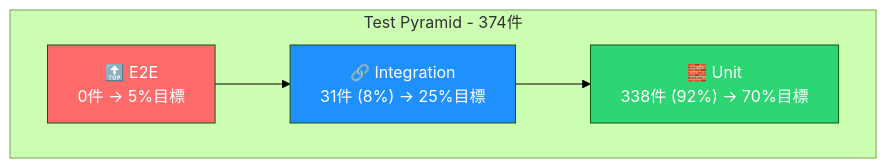
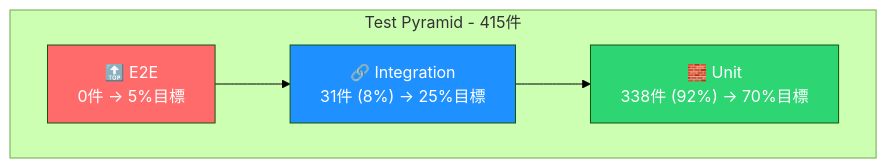
Before and after one commit to yaoki-dev/api-test-devops-portfolio: the second of 2 diagrams in README.md, drawn with Mermaid (forest theme). The commit also changed other lines of this file and 13 other files, not shown here.

````diff
--- a/README.md
+++ b/README.md
@@ -268,13 +269,13 @@
 ```mermaid
 graph TB
-    subgraph "Test Pyramid - 374件"
+    subgraph "Test Pyramid - 415件"
         E2E["🔝 E2E<br/>0件 → 5%目標"]
         Integration["🔗 Integration<br/>31件 (8%) → 25%目標"]
         Unit["🧱 Unit<br/>338件 (92%) → 70%目標"]
     end
     E2E --> Integration --> Unit
 
     style E2E fill:#ff6b6b,color:#fff
     style Integration fill:#1e90ff,color:#fff
     style Unit fill:#2ed573,color:#fff
 ```
````
